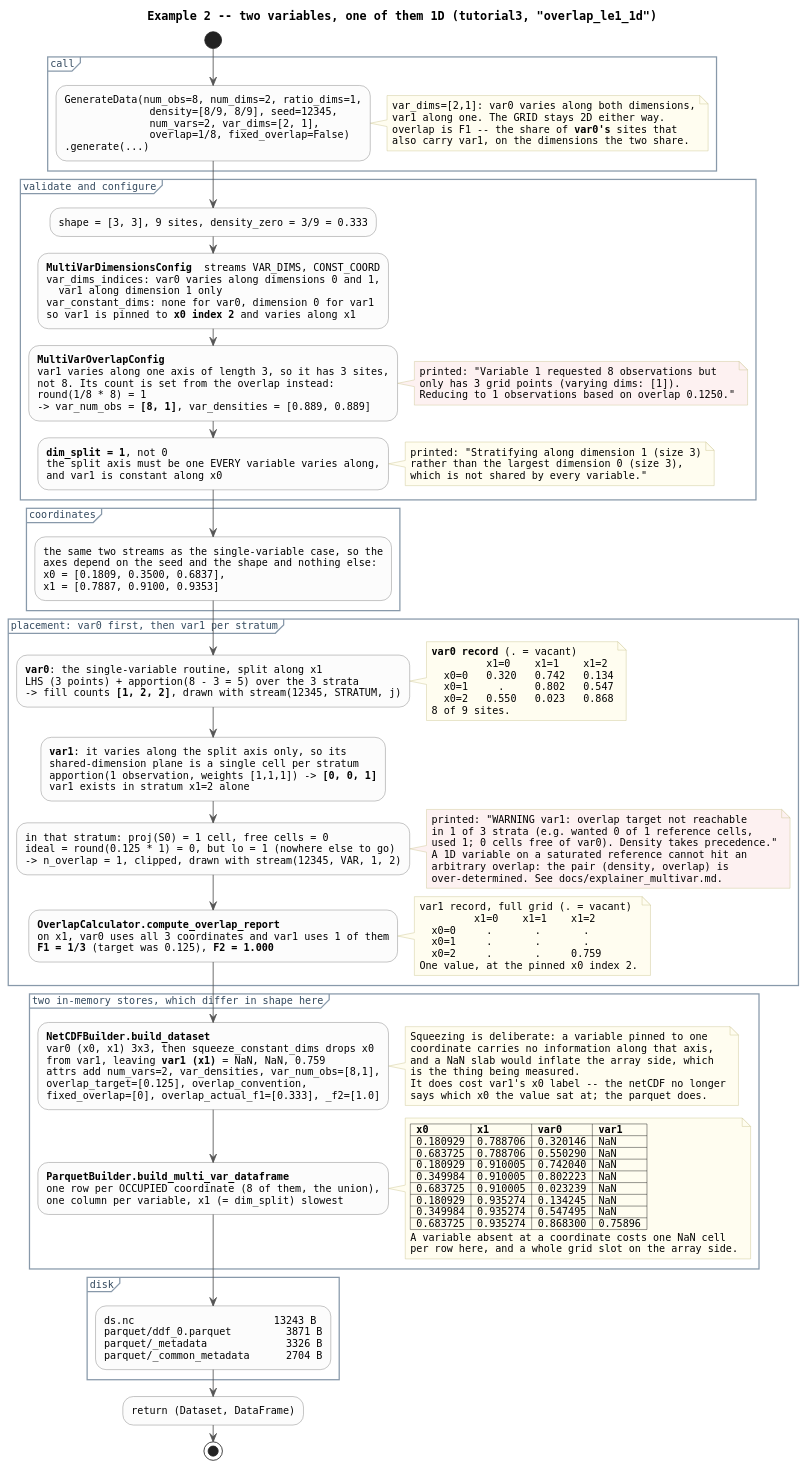
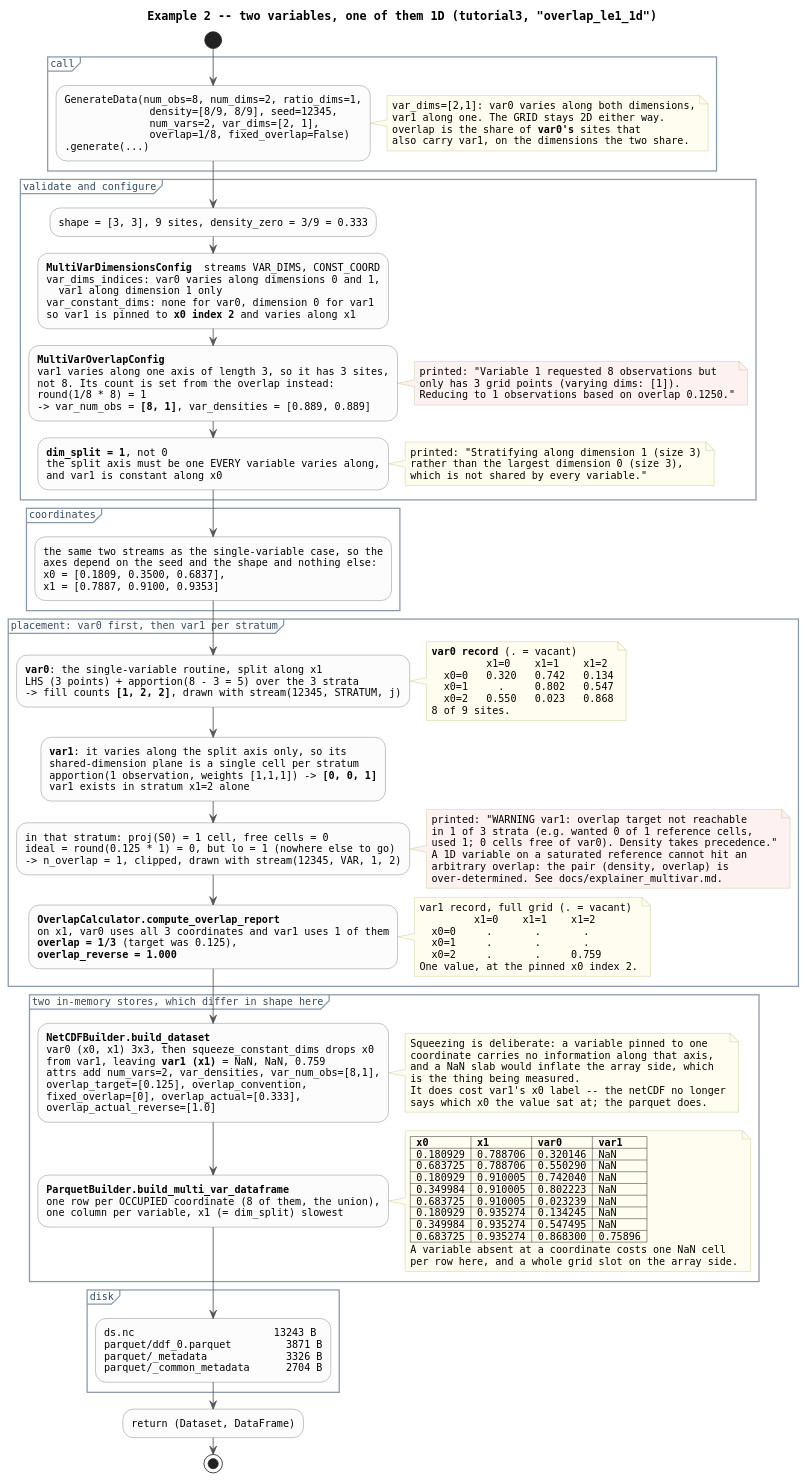
One commit to boom-lab/tabray changed the diagram in docs/dataflow_example_multi_var.puml. Above: the diagram before and after it, drawn with PlantUML. The commit also changed 15 other files, not shown here.

Commit message:
drop F1/F2 internal definitions of overlaps, and use overlap and overlap_reverse

```diff
--- a/docs/dataflow_example_multi_var.puml
+++ b/docs/dataflow_example_multi_var.puml
@@ -1,167 +1,169 @@
 @startuml dataflow_example_multi_var
 ' Worked example: notebooks/tutorial3.ipynb, case "overlap_le1_1d".
 ' Two variables on one 3x3 grid, the second varying along one dimension.
 ' Every number here is from an actual run of that case.
 ' Render: plantuml docs/dataflow_example_multi_var.puml
 
 title Example 2 -- two variables, one of them 1D (tutorial3, "overlap_le1_1d")
 
 skinparam shadowing false
 skinparam defaultFontName Monospaced
 skinparam defaultFontSize 12
 skinparam ArrowColor #555555
 skinparam activity {
   BackgroundColor #FCFCFC
   BorderColor #777777
   DiamondBackgroundColor #F2F2F2
 }
 skinparam partition {
   BorderColor #8899AA
   FontColor #33495E
 }
 skinparam note {
   BackgroundColor #FFFDF0
   BorderColor #C8C08A
 }
 
 start
 
 partition "call" {
   :GenerateData(num_obs=8, num_dims=2, ratio_dims=1,
                 density=[8/9, 8/9], seed=12345,
                 num_vars=2, var_dims=[2, 1],
                 overlap=1/8, fixed_overlap=False)
   .generate(...);
   note right
     var_dims=[2,1]: var0 varies along both dimensions,
     var1 along one. The GRID stays 2D either way.
-    overlap is F1 -- the share of <b>var0's</b> sites that
+    overlap is the share of <b>var0's</b> sites that
     also carry var1, on the dimensions the two share.
   end note
 }
 
 partition "validate and configure" {
   :shape = [3, 3], 9 sites, density_zero = 3/9 = 0.333;
 
   :<b>MultiVarDimensionsConfig</b>  streams VAR_DIMS, CONST_COORD
   var_dims_indices: var0 varies along dimensions 0 and 1,
     var1 along dimension 1 only
   var_constant_dims: none for var0, dimension 0 for var1
   so var1 is pinned to <b>x0 index 2</b> and varies along x1;
 
   :<b>MultiVarOverlapConfig</b>
   var1 varies along one axis of length 3, so it has 3 sites,
   not 8. Its count is set from the overlap instead:
   round(1/8 * 8) = 1
   -> var_num_obs = <b>[8, 1]</b>, var_densities = [0.889, 0.889];
   note right #FDF1F1
     printed: "Variable 1 requested 8 observations but
     only has 3 grid points (varying dims: [1]).
     Reducing to 1 observations based on overlap 0.1250."
   end note
 
   :<b>dim_split = 1</b>, not 0
   the split axis must be one EVERY variable varies along,
   and var1 is constant along x0;
   note right
     printed: "Stratifying along dimension 1 (size 3)
     rather than the largest dimension 0 (size 3),
     which is not shared by every variable."
   end note
 }
 
 partition "coordinates" {
   :the same two streams as the single-variable case, so the
   axes depend on the seed and the shape and nothing else:
   x0 = [0.1809, 0.3500, 0.6837],
   x1 = [0.7887, 0.9100, 0.9353];
 }
 
 partition "placement: var0 first, then var1 per stratum" {
   :<b>var0</b>: the single-variable routine, split along x1
   LHS (3 points) + apportion(8 - 3 = 5) over the 3 strata
   -> fill counts <b>[1, 2, 2]</b>, drawn with stream(12345, STRATUM, j);
   note right
     <b>var0 record</b> (. = vacant)
              x1=0    x1=1    x1=2
       x0=0   0.320   0.742   0.134
       x0=1     .     0.802   0.547
       x0=2   0.550   0.023   0.868
     8 of 9 sites.
   end note
 
   :<b>var1</b>: it varies along the split axis only, so its
   shared-dimension plane is a single cell per stratum
   apportion(1 observation, weights [1,1,1]) -> <b>[0, 0, 1]</b>
   var1 exists in stratum x1=2 alone;
 
   :in that stratum: proj(S0) = 1 cell, free cells = 0
   ideal = round(0.125 * 1) = 0, but lo = 1 (nowhere else to go)
   -> n_overlap = 1, clipped, drawn with stream(12345, VAR, 1, 2);
   note right #FDF1F1
     printed: "WARNING var1: overlap target not reachable
     in 1 of 3 strata (e.g. wanted 0 of 1 reference cells,
     used 1; 0 cells free of var0). Density takes precedence."
     A 1D variable on a saturated reference cannot hit an
     arbitrary overlap: the pair (density, overlap) is
     over-determined. See docs/explainer_multivar.md.
   end note
 
   :<b>OverlapCalculator.compute_overlap_report</b>
   on x1, var0 uses all 3 coordinates and var1 uses 1 of them
-  <b>F1 = 1/3</b> (target was 0.125), <b>F2 = 1.000</b>;
+  <b>overlap = 1/3</b> (target was 0.125),
+  <b>overlap_reverse = 1.000</b>;
   note right
     var1 record, full grid (. = vacant)
              x1=0    x1=1    x1=2
       x0=0     .       .       .
       x0=1     .       .       .
       x0=2     .       .     0.759
     One value, at the pinned x0 index 2.
   end note
 }
 
 partition "two in-memory stores, which differ in shape here" {
   :<b>NetCDFBuilder.build_dataset</b>
   var0 (x0, x1) 3x3, then squeeze_constant_dims drops x0
   from var1, leaving <b>var1 (x1)</b> = NaN, NaN, 0.759
   attrs add num_vars=2, var_densities, var_num_obs=[8,1],
   overlap_target=[0.125], overlap_convention,
-  fixed_overlap=[0], overlap_actual_f1=[0.333], _f2=[1.0];
+  fixed_overlap=[0], overlap_actual=[0.333],
+  overlap_actual_reverse=[1.0];
   note right
     Squeezing is deliberate: a variable pinned to one
     coordinate carries no information along that axis,
     and a NaN slab would inflate the array side, which
     is the thing being measured.
     It does cost var1's x0 label -- the netCDF no longer
     says which x0 the value sat at; the parquet does.
   end note
 
   :<b>ParquetBuilder.build_multi_var_dataframe</b>
   one row per OCCUPIED coordinate (8 of them, the union),
   one column per variable, x1 (= dim_split) slowest;
   note right
     |= x0 |= x1 |= var0 |= var1 |
     | 0.180929 | 0.788706 | 0.320146 | NaN |
     | 0.683725 | 0.788706 | 0.550290 | NaN |
     | 0.180929 | 0.910005 | 0.742040 | NaN |
     | 0.349984 | 0.910005 | 0.802223 | NaN |
     | 0.683725 | 0.910005 | 0.023239 | NaN |
     | 0.180929 | 0.935274 | 0.134245 | NaN |
     | 0.349984 | 0.935274 | 0.547495 | NaN |
     | 0.683725 | 0.935274 | 0.868300 | 0.75896 |
     A variable absent at a coordinate costs one NaN cell
     per row here, and a whole grid slot on the array side.
   end note
 }
 
 partition "disk" {
   :ds.nc                       13243 B
   parquet/ddf_0.parquet         3871 B
   parquet/_metadata             3326 B
   parquet/_common_metadata      2704 B;
 }
 
 :return (Dataset, DataFrame);
 stop
 
 @enduml
```
